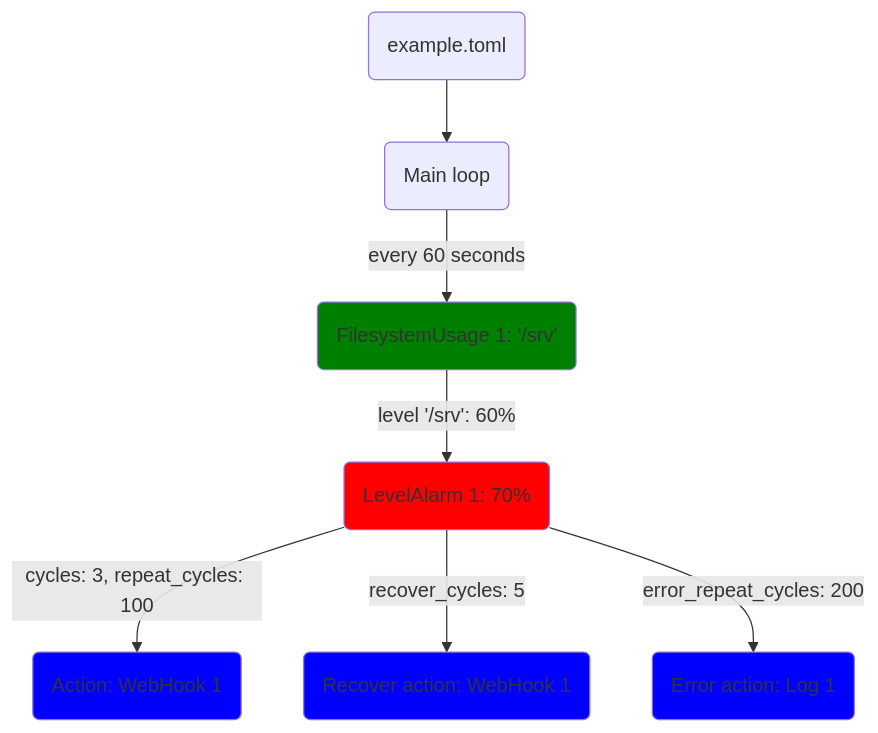
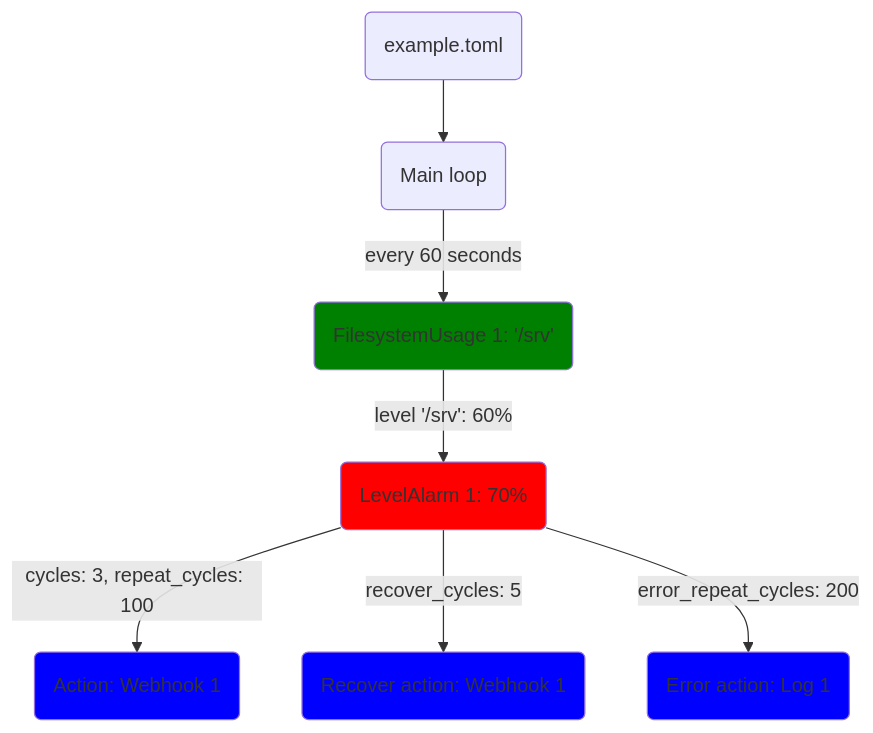
One commit to flo-at/minmon changed the second of 2 diagrams in README.md. Above: the diagram before and after it, drawn with Mermaid. The commit also changed other lines of this file and 5 other files, not shown here.

````diff
--- a/README.md
+++ b/README.md
@@ -123,15 +123,15 @@
 ```mermaid
 graph TD
     A(example.toml) --> B(Main loop)
     B -->|every 60 seconds| C(FilesystemUsage 1: '/srv')
     C -->|level '/srv': 60%| D(LevelAlarm 1: 70%)
-    D -->|cycles: 3, repeat_cycles: 100| E(Action: WebHook 1)
-    D -->|recover_cycles: 5| F(Recover action: WebHook 1)
+    D -->|cycles: 3, repeat_cycles: 100| E(Action: Webhook 1)
+    D -->|recover_cycles: 5| F(Recover action: Webhook 1)
     D -->|error_repeat_cycles: 200| G(Error action: Log 1)
 
     style C fill:green;
     style D fill:red;
     style E fill:blue;
     style F fill:blue;
     style G fill:blue;
 ```
````
